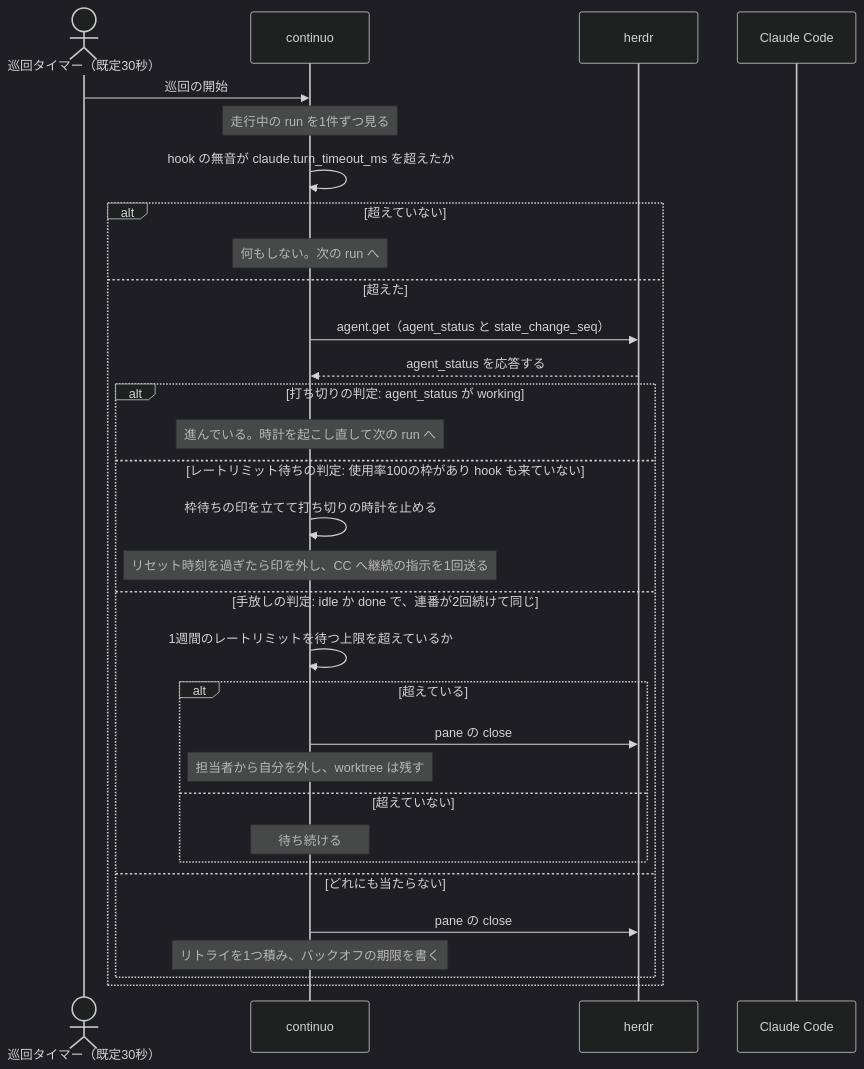
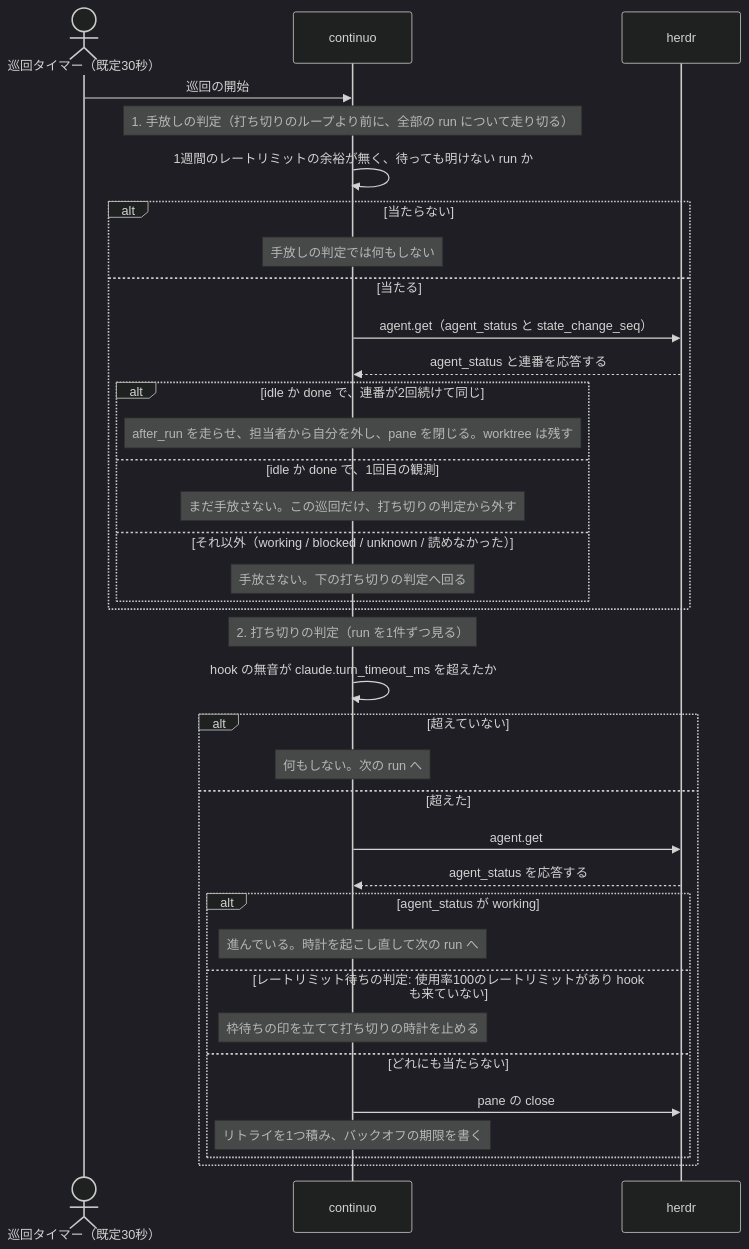
The first of 2 diagrams in docs/spec/turn_end_detect_mechanizm.md (maimuzo/continuo), drawn with Mermaid (dark theme) before and after one commit. The commit also changed other lines of this file and 2 other files, not shown here.

Commit message:
設計レビュー1周目の指摘を直す 調査の記録の判定の順序の図と数え上げを実装に合わせ見送りのログの案内を原因が資格情報とは限らない形へ直す
Claude-Session: https://claude.ai/code/session_01XHdck26o1DyUKJNoznsbz5

````diff
--- a/docs/spec/turn_end_detect_mechanizm.md
+++ b/docs/spec/turn_end_detect_mechanizm.md
@@ -157,36 +157,41 @@
 ```mermaid
 sequenceDiagram
     actor T as 巡回タイマー（既定30秒）
     participant C as continuo
     participant H as herdr
-    participant CC as Claude Code
 
     T->>C: 巡回の開始
-    Note over C: 走行中の run を1件ずつ見る
 
+    Note over C: 1. 手放しの判定（打ち切りのループより前に、全部の run について走り切る）
+    C->>C: 1週間のレートリミットの余裕が無く、待っても明けない run か
+    alt 当たらない
+        Note over C: 手放しの判定では何もしない
+    else 当たる
+        C->>H: agent.get（agent_status と state_change_seq）
+        H-->>C: agent_status と連番を応答する
+        alt idle か done で、連番が2回続けて同じ
+            Note over C: after_run を走らせ、担当者から自分を外し、pane を閉じる。worktree は残す
+        else idle か done で、1回目の観測
+            Note over C: まだ手放さない。この巡回だけ、打ち切りの判定から外す
+        else それ以外（working / blocked / unknown / 読めなかった）
+            Note over C: 手放さない。下の打ち切りの判定へ回る
+        end
+    end
+
+    Note over C: 2. 打ち切りの判定（run を1件ずつ見る）
     C->>C: hook の無音が claude.turn_timeout_ms を超えたか
     alt 超えていない
         Note over C: 何もしない。次の run へ
     else 超えた
-        C->>H: agent.get（agent_status と state_change_seq）
+        C->>H: agent.get
         H-->>C: agent_status を応答する
-
-        alt 打ち切りの判定: agent_status が working
+        alt agent_status が working
             Note over C: 進んでいる。時計を起こし直して次の run へ
-        else レートリミット待ちの判定: 使用率100の枠があり hook も来ていない
-            C->>C: 枠待ちの印を立てて打ち切りの時計を止める
-            Note over C: リセット時刻を過ぎたら印を外し、CC へ継続の指示を1回送る
-        else 手放しの判定: idle か done で、連番が2回続けて同じ
-            C->>C: 1週間のレートリミットを待つ上限を超えているか
-            alt 超えている
-                C->>H: pane の close
-                Note over C: 担当者から自分を外し、worktree は残す
-            else 超えていない
-                Note over C: 待ち続ける
-            end
+        else レートリミット待ちの判定: 使用率100のレートリミットがあり hook も来ていない
+            Note over C: 枠待ちの印を立てて打ち切りの時計を止める
         else どれにも当たらない
             C->>H: pane の close
             Note over C: リトライを1つ積み、バックオフの期限を書く
         end
     end
 ```
````
